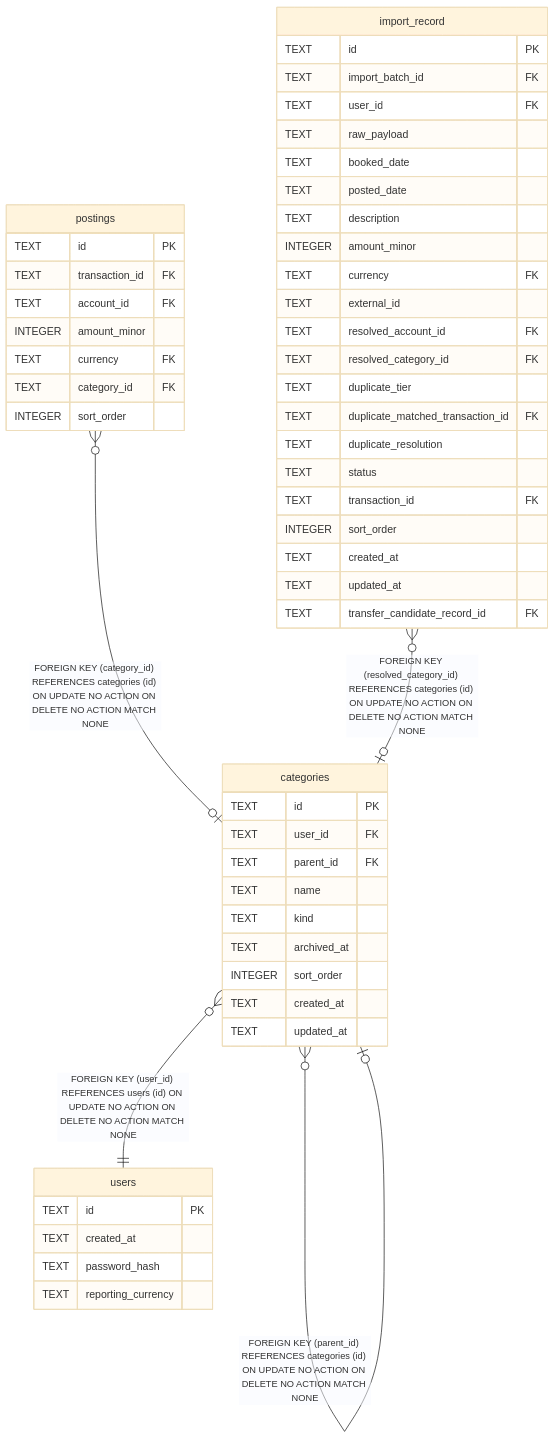
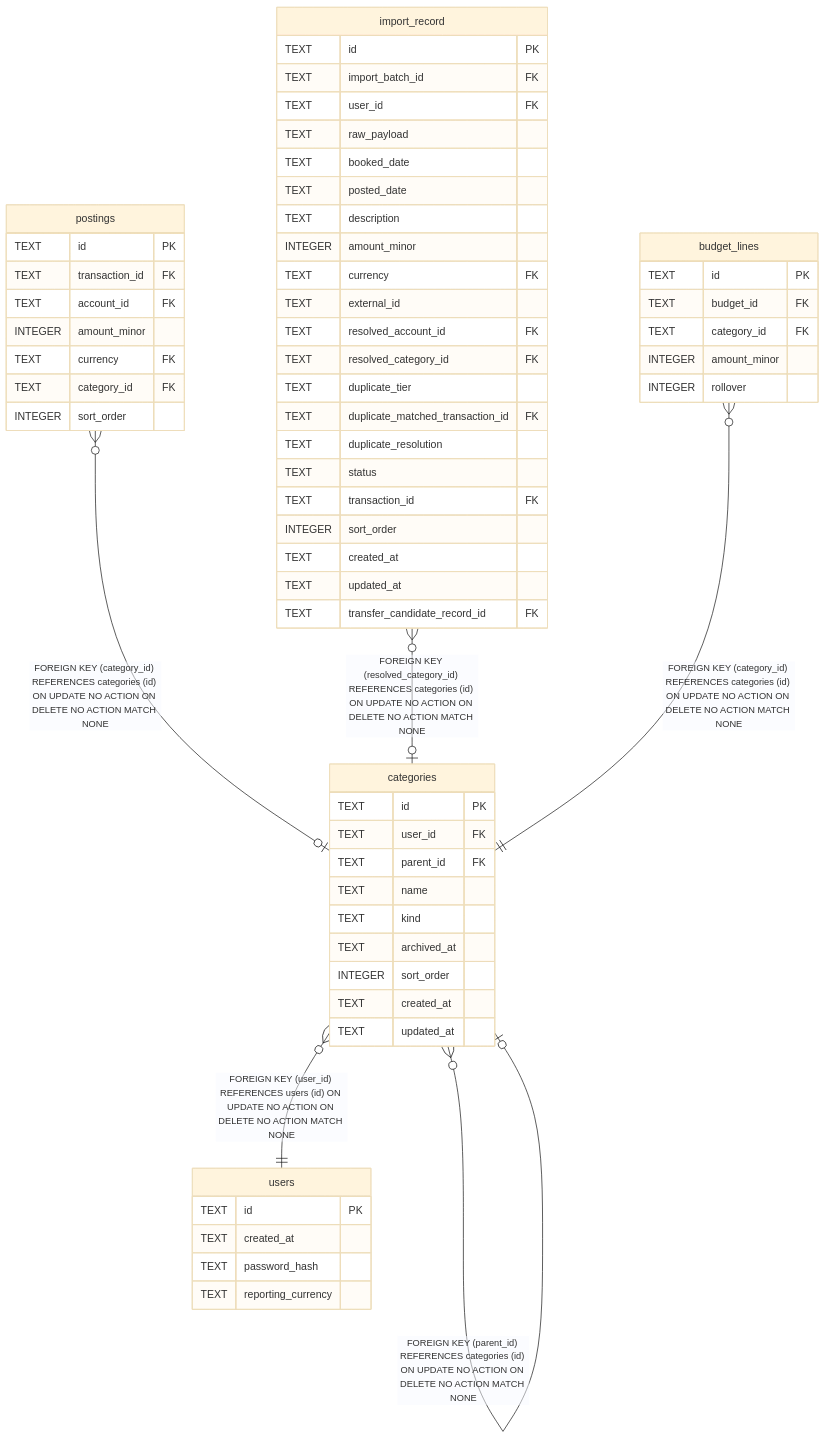
The diagram in docs/schema/categories.md (anirudhgray/bodger), drawn with Mermaid (base theme) before and after one commit. The commit also changed other lines of this file and 17 other files, not shown here.

````diff
--- a/docs/schema/categories.md
+++ b/docs/schema/categories.md
@@ -60,58 +60,66 @@
 ```mermaid
 erDiagram
 
 "postings" }o--o| "categories" : "FOREIGN KEY (category_id) REFERENCES categories (id) ON UPDATE NO ACTION ON DELETE NO ACTION MATCH NONE"
 "categories" }o--o| "categories" : "FOREIGN KEY (parent_id) REFERENCES categories (id) ON UPDATE NO ACTION ON DELETE NO ACTION MATCH NONE"
 "import_record" }o--o| "categories" : "FOREIGN KEY (resolved_category_id) REFERENCES categories (id) ON UPDATE NO ACTION ON DELETE NO ACTION MATCH NONE"
+"budget_lines" }o--|| "categories" : "FOREIGN KEY (category_id) REFERENCES categories (id) ON UPDATE NO ACTION ON DELETE NO ACTION MATCH NONE"
 "categories" }o--|| "users" : "FOREIGN KEY (user_id) REFERENCES users (id) ON UPDATE NO ACTION ON DELETE NO ACTION MATCH NONE"
 
 "categories" {
   TEXT id PK
   TEXT user_id FK
   TEXT parent_id FK
   TEXT name
   TEXT kind
   TEXT archived_at
   INTEGER sort_order
   TEXT created_at
   TEXT updated_at
 }
 "postings" {
   TEXT id PK
   TEXT transaction_id FK
   TEXT account_id FK
   INTEGER amount_minor
   TEXT currency FK
   TEXT category_id FK
   INTEGER sort_order
 }
 "import_record" {
   TEXT id PK
   TEXT import_batch_id FK
   TEXT user_id FK
   TEXT raw_payload
   TEXT booked_date
   TEXT posted_date
   TEXT description
   INTEGER amount_minor
   TEXT currency FK
   TEXT external_id
   TEXT resolved_account_id FK
   TEXT resolved_category_id FK
   TEXT duplicate_tier
   TEXT duplicate_matched_transaction_id FK
   TEXT duplicate_resolution
   TEXT status
   TEXT transaction_id FK
   INTEGER sort_order
   TEXT created_at
   TEXT updated_at
   TEXT transfer_candidate_record_id FK
 }
+"budget_lines" {
+  TEXT id PK
+  TEXT budget_id FK
+  TEXT category_id FK
+  INTEGER amount_minor
+  INTEGER rollover
+}
 "users" {
   TEXT id PK
   TEXT created_at
   TEXT password_hash
   TEXT reporting_currency
 }
 ```
````
